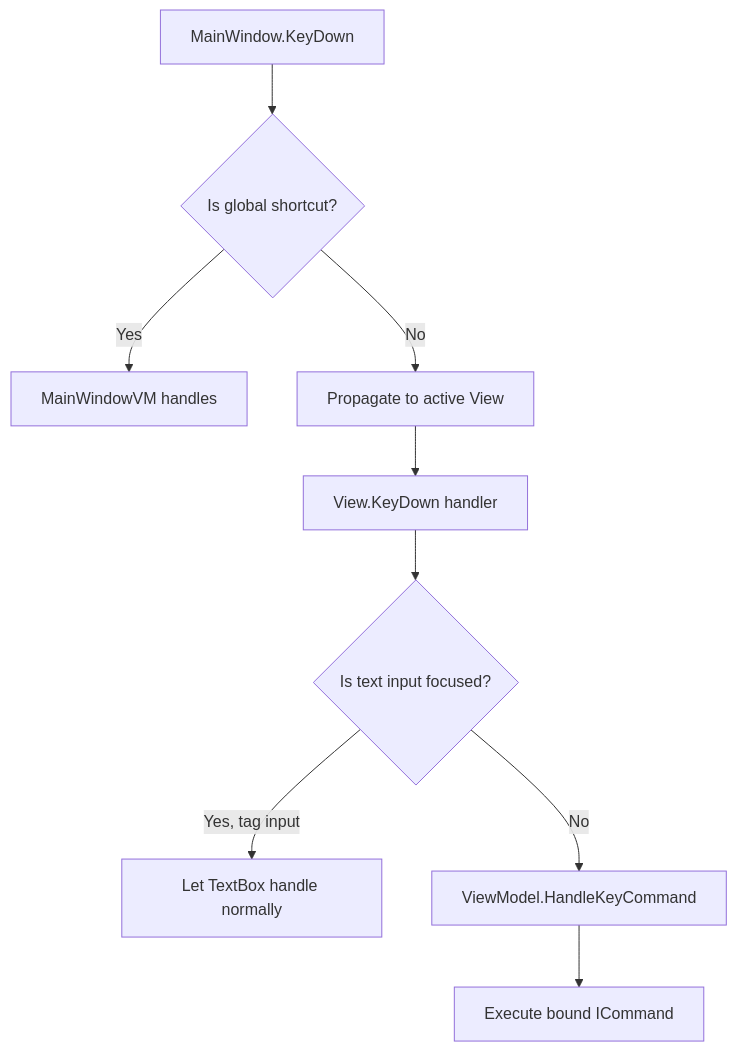
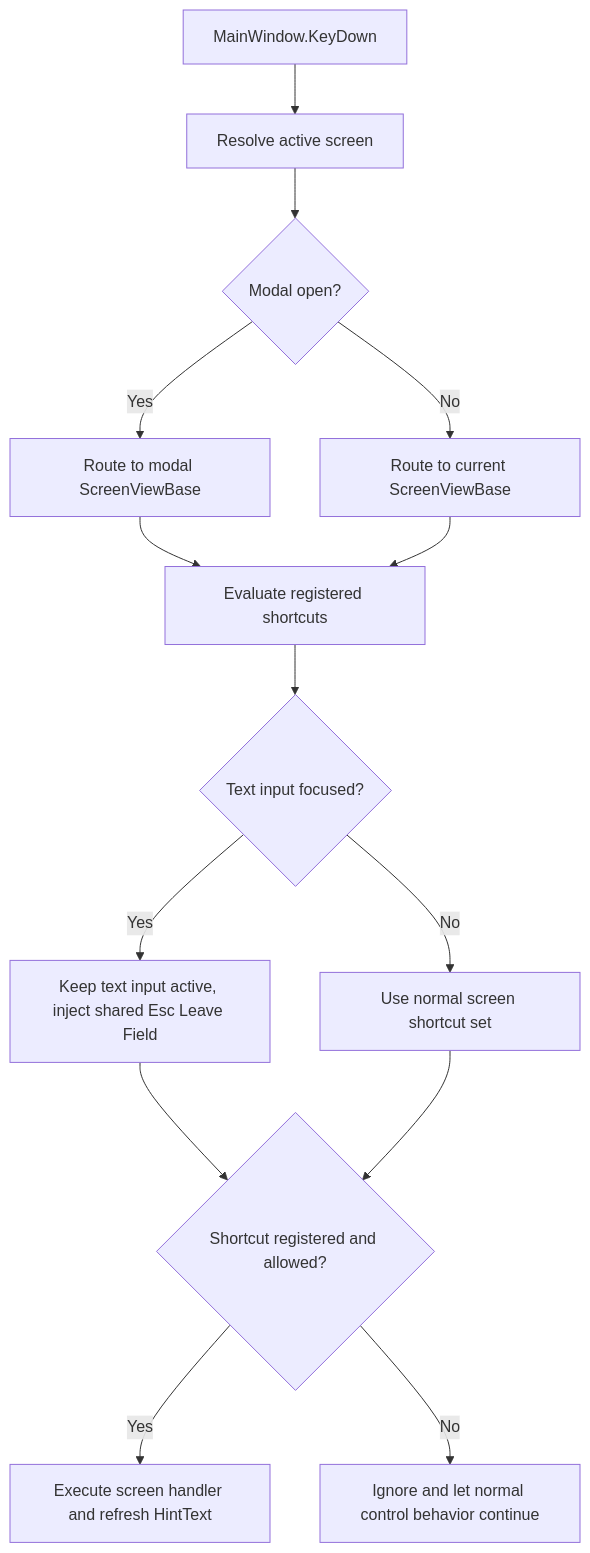
The second of 6 diagrams in .kiro/specs/DatasetStudio/design.md (GreenDragon422/DatasetStudio), drawn with Mermaid before and after one commit. The commit also changed other lines of this file and 29 other files, not shown here.

Commit message:
Centralize screen keyboard routing in shared base

````diff
--- a/.kiro/specs/DatasetStudio/design.md
+++ b/.kiro/specs/DatasetStudio/design.md
@@ -293,11 +297,16 @@
 ```mermaid
 graph TD
-    A[MainWindow.KeyDown] --> B{Is global shortcut?}
-    B -->|Yes| C[MainWindowVM handles]
-    B -->|No| D[Propagate to active View]
-    D --> E[View.KeyDown handler]
-    E --> F{Is text input focused?}
-    F -->|Yes, tag input| G[Let TextBox handle normally]
-    F -->|No| H[ViewModel.HandleKeyCommand]
-    H --> I[Execute bound ICommand]
+    A[MainWindow.KeyDown] --> B[Resolve active screen]
+    B --> C{Modal open?}
+    C -->|Yes| D[Route to modal ScreenViewBase]
+    C -->|No| E[Route to current ScreenViewBase]
+    D --> F[Evaluate registered shortcuts]
+    E --> F
+    F --> G{Text input focused?}
+    G -->|Yes| H[Keep text input active, inject shared Esc Leave Field]
+    G -->|No| I[Use normal screen shortcut set]
+    H --> J{Shortcut registered and allowed?}
+    I --> J
+    J -->|Yes| K[Execute screen handler and refresh HintText]
+    J -->|No| L[Ignore and let normal control behavior continue]
 ```
````
